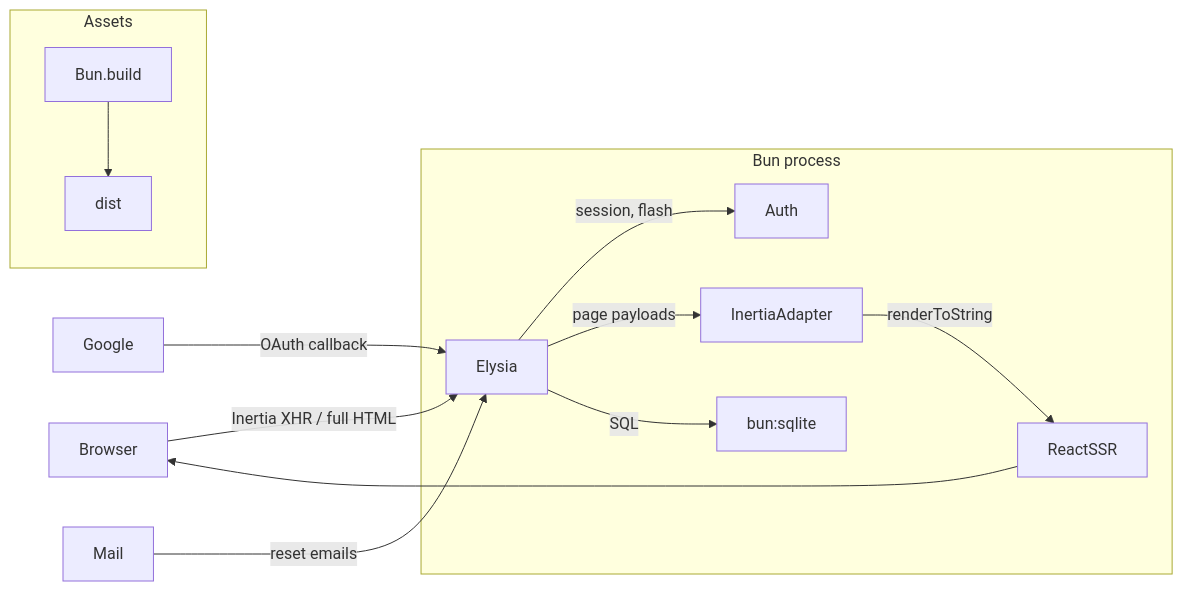
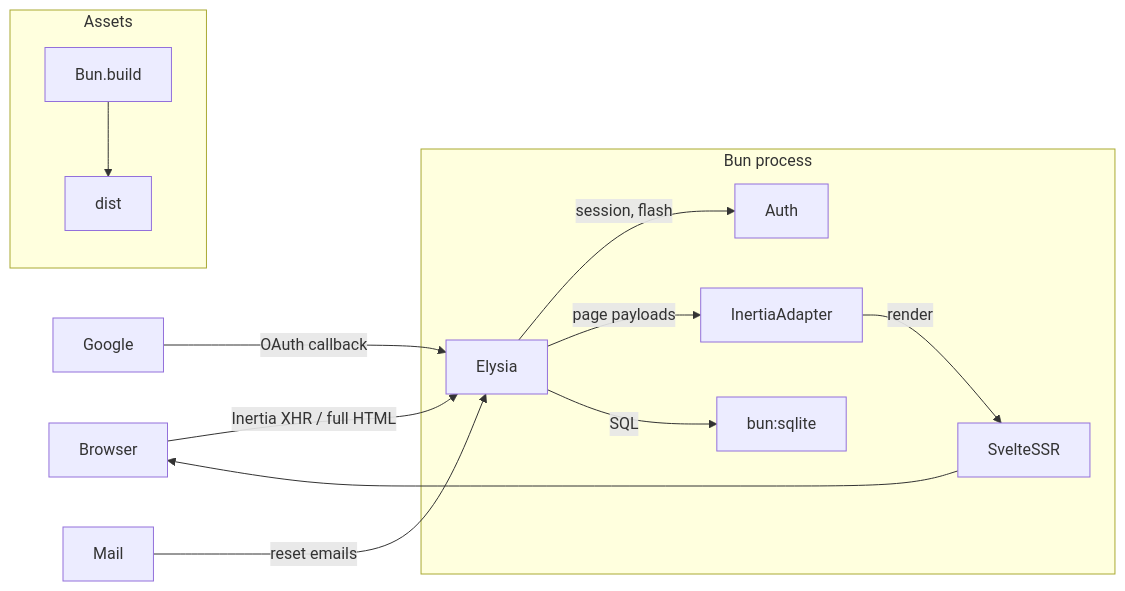
The diagram in README.md (maulanashalihin/dulak), drawn with Mermaid before and after one commit. The commit also changed other lines of this file, not shown here.

First line of the commit message:
docs(readme): align README with Svelte 5 + Tailwind template

````diff
--- a/README.md
+++ b/README.md
@@ -15,16 +15,16 @@
 ```mermaid
 flowchart LR
   Browser -->|Inertia XHR / full HTML| Elysia
   subgraph Bun process
     Elysia -->|session, flash| Auth
     Elysia -->|page payloads| InertiaAdapter
-    InertiaAdapter -->|renderToString| ReactSSR
+    InertiaAdapter -->|render| SvelteSSR
     Elysia -->|SQL| bun:sqlite
   end
-  ReactSSR --> Browser
+  SvelteSSR --> Browser
   Google -->|OAuth callback| Elysia
   Mail -->|reset emails| Elysia
   subgraph Assets
     Bun.build --> dist
   end
 ```
````
